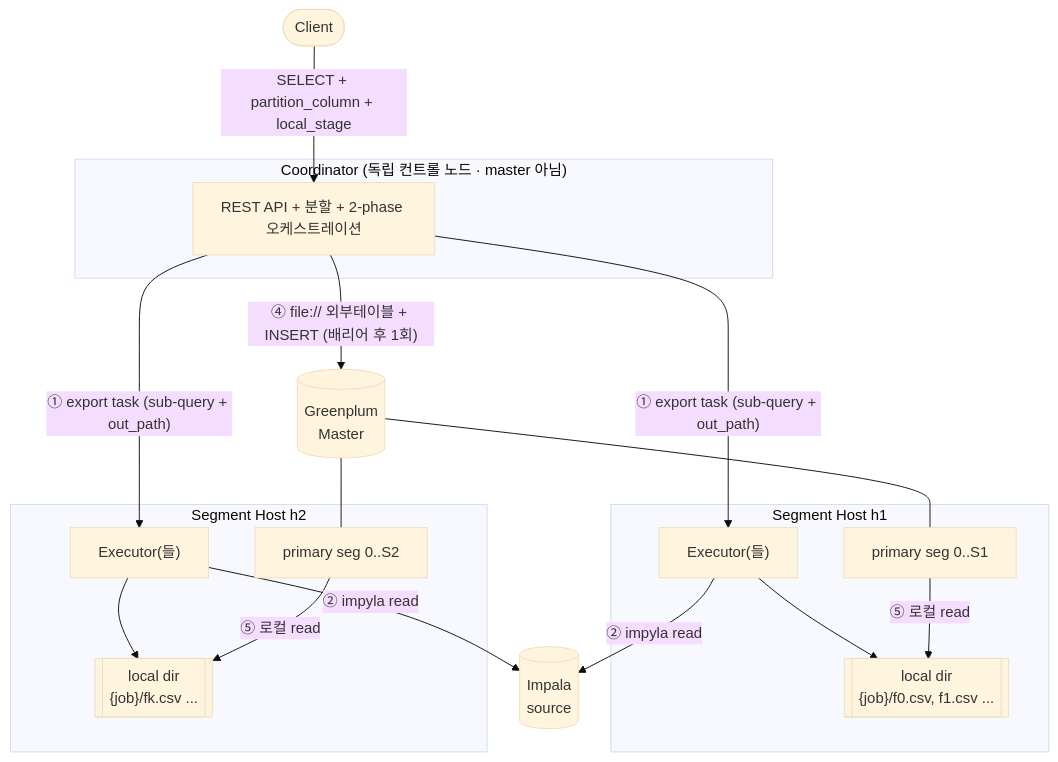
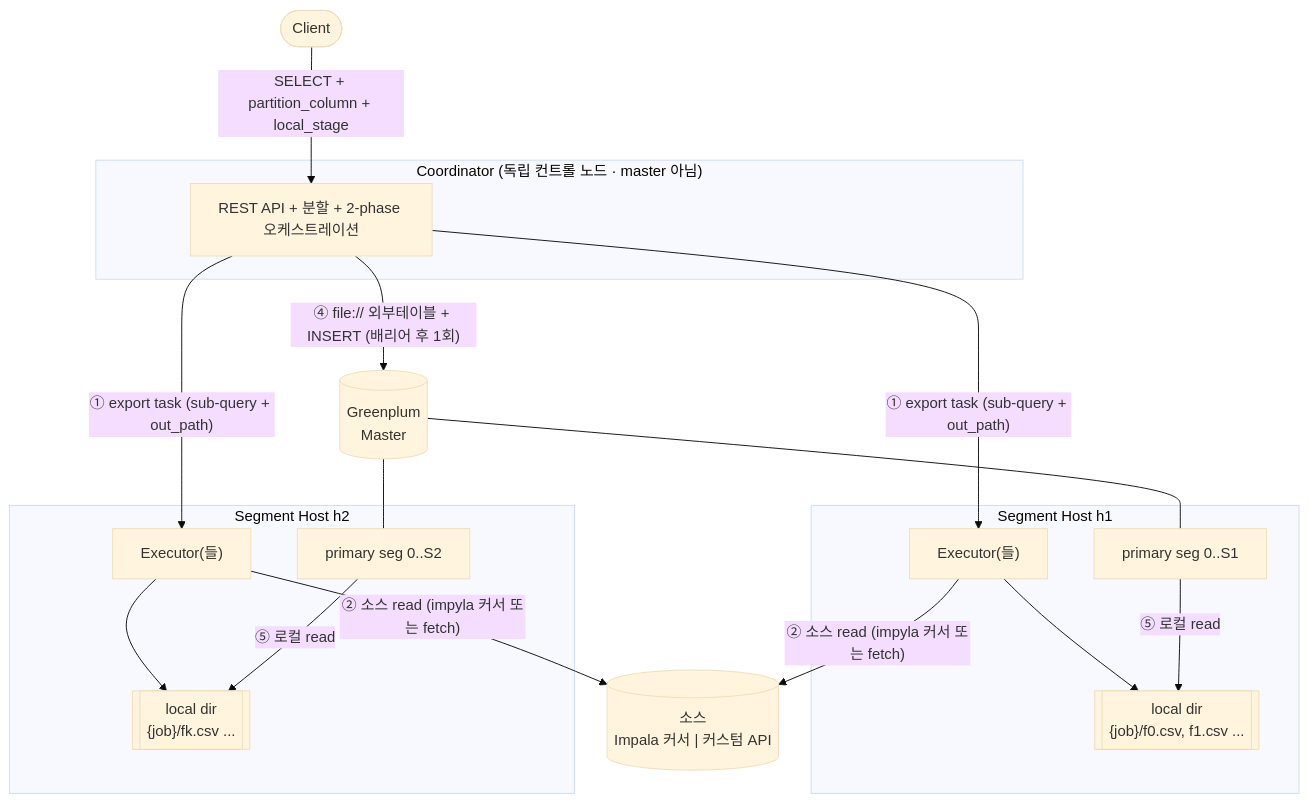
Before and after one commit to DataDynamics/distributed-query-executor: the diagram in docs/images/design-09.mmd, drawn with Mermaid (base theme). The commit also changed 14 other files, not shown here.

```diff
--- a/docs/images/design-09.mmd
+++ b/docs/images/design-09.mmd
@@ -1,29 +1,29 @@
 flowchart TB
     Client([Client])
-    Impala[(Impala<br/>source)]
+    Impala[("소스<br/>Impala 커서 | 커스텀 API")]
     GPM[(Greenplum<br/>Master)]
 
     subgraph Ctrl["Coordinator (독립 컨트롤 노드 · master 아님)"]
         API["REST API + 분할 + 2-phase 오케스트레이션"]
     end
 
     subgraph Seg1["Segment Host h1"]
         Ex1["Executor(들)"]
         D1[["local dir<br/>{job}/f0.csv, f1.csv ..."]]
         SG1["primary seg 0..S1"]
     end
     subgraph Seg2["Segment Host h2"]
         Ex2["Executor(들)"]
         D2[["local dir<br/>{job}/fk.csv ..."]]
         SG2["primary seg 0..S2"]
     end
 
     Client -- "SELECT + partition_column + local_stage" --> API
     API -- "① export task (sub-query + out_path)" --> Ex1 & Ex2
-    Ex1 & Ex2 -- "② impyla read" --> Impala
+    Ex1 & Ex2 -- "② 소스 read (impyla 커서 또는 fetch)" --> Impala
     Ex1 --> D1
     Ex2 --> D2
     API -- "④ file:// 외부테이블 + INSERT (배리어 후 1회)" --> GPM
     SG1 -- "⑤ 로컬 read" --> D1
     SG2 -- "⑤ 로컬 read" --> D2
     GPM --- SG1 & SG2
```
